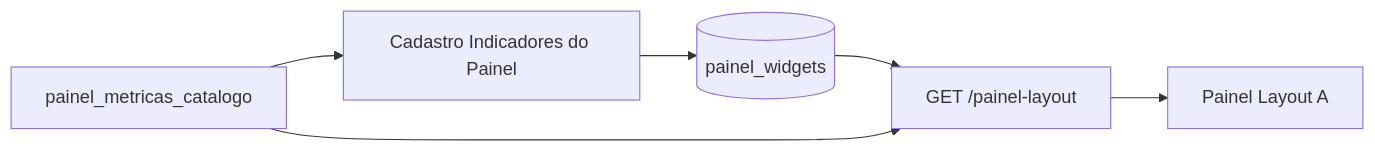
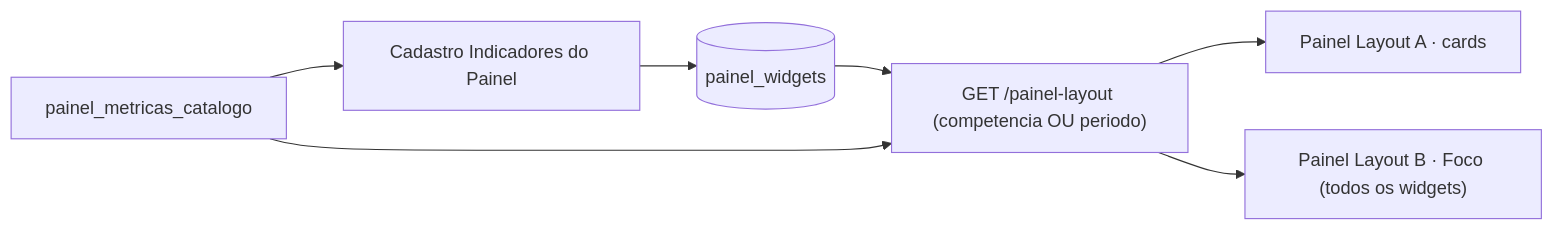
Before and after one commit to RodrigoLeonBr/simpa: the diagram in docs/agent/manual-editar-widget-painel.md, drawn with Mermaid. The commit also changed other lines of this file and 4 other files, not shown here.

````diff
--- a/docs/agent/manual-editar-widget-painel.md
+++ b/docs/agent/manual-editar-widget-painel.md
@@ -8,8 +8,9 @@
 ```mermaid
 flowchart LR
   Cadastro["Cadastro Indicadores do Painel"] --> DB[(painel_widgets)]
-  DB --> API["GET /painel-layout"]
-  API --> LayoutA["Painel Layout A"]
+  DB --> API["GET /painel-layout (competencia OU periodo)"]
+  API --> LayoutA["Painel Layout A · cards"]
+  API --> LayoutB["Painel Layout B · Foco (todos os widgets)"]
   Cat["painel_metricas_catalogo"] --> Cadastro
   Cat --> API
 ```
````
